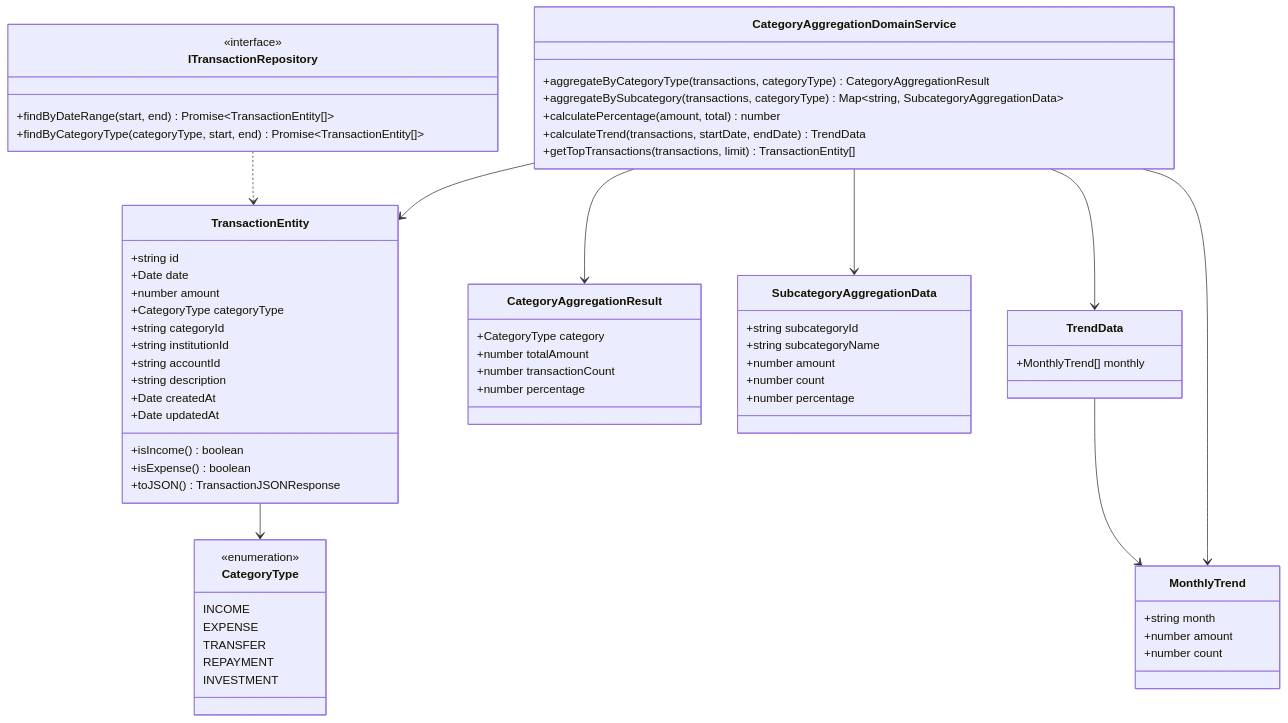
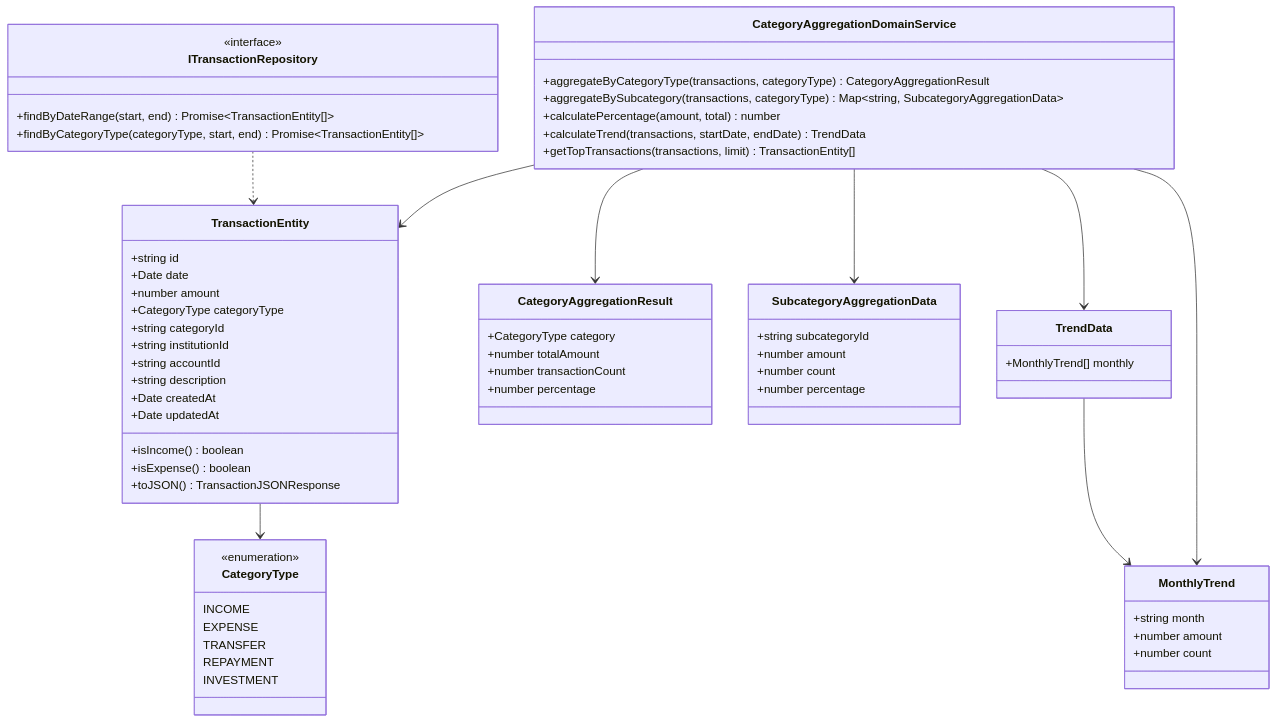
The first of 4 diagrams in docs/detailed-design/FR-018_category-aggregation/class-diagrams.md (kencom2400/account-book), drawn with Mermaid before and after one commit.

Commit message:
docs: Gemini指摘対応 - Domain層のSubcategoryAggregationDataからsubcategoryNameを削除
Onion Architecture原則に従い、Domain層のValue ObjectにはcategoryIdのみを含める。
subcategoryNameはApplication層でCategoryRepositoryから取得してDTOに設定する。

Issue: #47

````diff
--- a/docs/detailed-design/FR-018_category-aggregation/class-diagrams.md
+++ b/docs/detailed-design/FR-018_category-aggregation/class-diagrams.md
@@ -18,75 +18,74 @@
 ```mermaid
 classDiagram
     class TransactionEntity {
         +string id
         +Date date
         +number amount
         +CategoryType categoryType
         +string categoryId
         +string institutionId
         +string accountId
         +string description
         +Date createdAt
         +Date updatedAt
         +isIncome() boolean
         +isExpense() boolean
         +toJSON() TransactionJSONResponse
     }
 
     class CategoryType {
         <<enumeration>>
         INCOME
         EXPENSE
         TRANSFER
         REPAYMENT
         INVESTMENT
     }
 
     class CategoryAggregationDomainService {
         +aggregateByCategoryType(transactions, categoryType) CategoryAggregationResult
         +aggregateBySubcategory(transactions, categoryType) Map~string, SubcategoryAggregationData~
         +calculatePercentage(amount, total) number
         +calculateTrend(transactions, startDate, endDate) TrendData
         +getTopTransactions(transactions, limit) TransactionEntity[]
     }
 
     class CategoryAggregationResult {
         +CategoryType category
         +number totalAmount
         +number transactionCount
         +number percentage
     }
 
     class SubcategoryAggregationData {
         +string subcategoryId
-        +string subcategoryName
         +number amount
         +number count
         +number percentage
     }
 
     class TrendData {
         +MonthlyTrend[] monthly
     }
 
     class MonthlyTrend {
         +string month
         +number amount
         +number count
     }
 
     class ITransactionRepository {
         <<interface>>
         +findByDateRange(start, end) Promise~TransactionEntity[]~
         +findByCategoryType(categoryType, start, end) Promise~TransactionEntity[]~
     }
 
     TransactionEntity --> CategoryType
     CategoryAggregationDomainService --> TransactionEntity
     CategoryAggregationDomainService --> CategoryAggregationResult
     CategoryAggregationDomainService --> SubcategoryAggregationData
     CategoryAggregationDomainService --> TrendData
     CategoryAggregationDomainService --> MonthlyTrend
     TrendData --> MonthlyTrend
     ITransactionRepository ..> TransactionEntity
 ```
````
